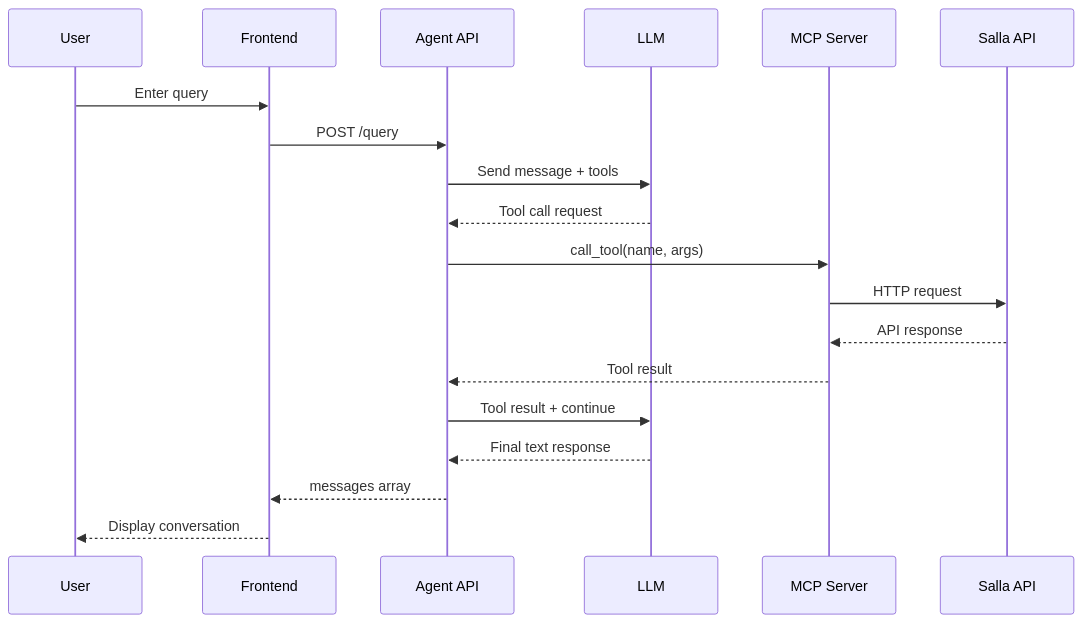
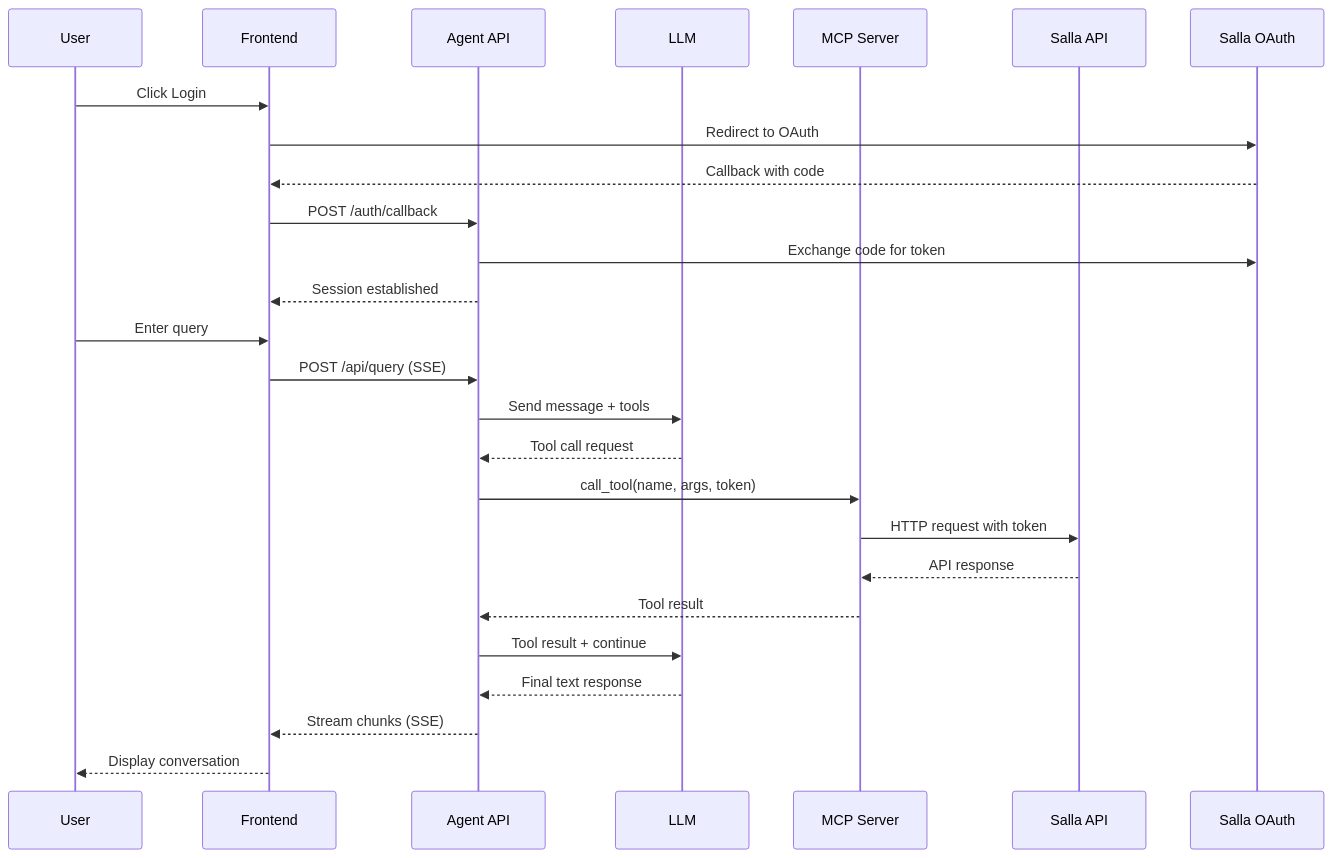
Before and after one commit to AhmedKhaled007/salla-ai-assistant: the second of 2 diagrams in README.md, drawn with Mermaid. The commit also changed other lines of this file and 9 other files, not shown here.

````diff
--- a/README.md
+++ b/README.md
@@ -263,22 +302,30 @@
 ```mermaid
 sequenceDiagram
     participant User
     participant Frontend
     participant Agent API
     participant LLM
     participant MCP Server
     participant Salla API
+    participant Salla OAuth
 
+    User->>Frontend: Click Login
+    Frontend->>Salla OAuth: Redirect to OAuth
+    Salla OAuth-->>Frontend: Callback with code
+    Frontend->>Agent API: POST /auth/callback
+    Agent API->>Salla OAuth: Exchange code for token
+    Agent API-->>Frontend: Session established
+    
     User->>Frontend: Enter query
-    Frontend->>Agent API: POST /query
+    Frontend->>Agent API: POST /api/query (SSE)
     Agent API->>LLM: Send message + tools
     LLM-->>Agent API: Tool call request
-    Agent API->>MCP Server: call_tool(name, args)
-    MCP Server->>Salla API: HTTP request
+    Agent API->>MCP Server: call_tool(name, args, token)
+    MCP Server->>Salla API: HTTP request with token
     Salla API-->>MCP Server: API response
     MCP Server-->>Agent API: Tool result
     Agent API->>LLM: Tool result + continue
     LLM-->>Agent API: Final text response
-    Agent API-->>Frontend: messages array
+    Agent API-->>Frontend: Stream chunks (SSE)
     Frontend-->>User: Display conversation
 ```
````
